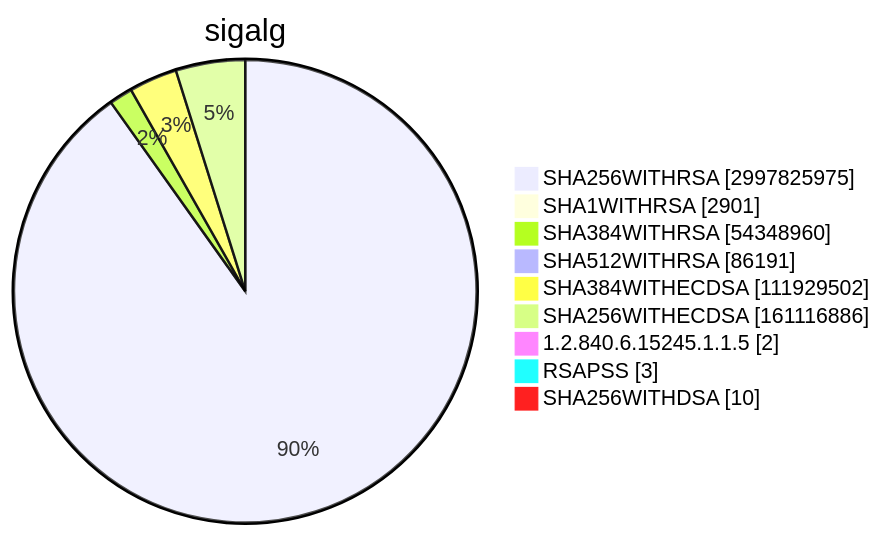
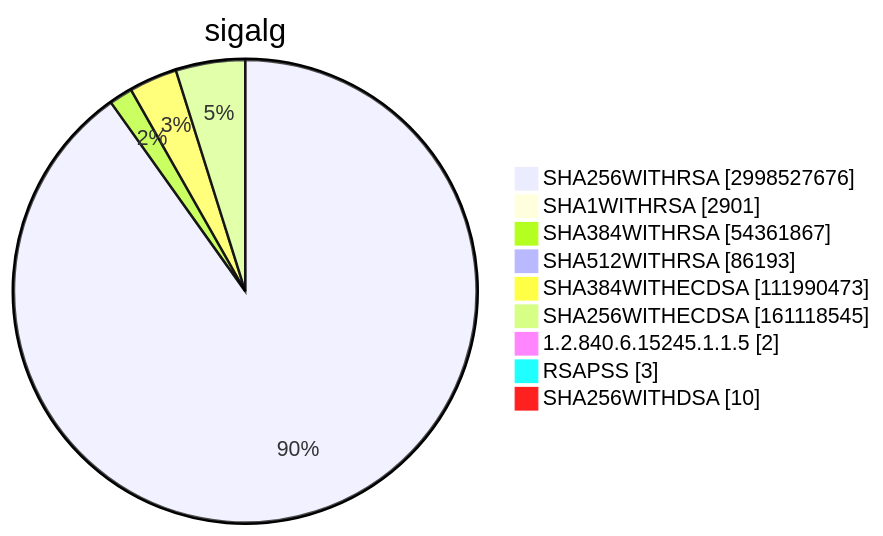
Before and after one commit to christiankrug/ctmonitor_visualization: diagram 15 of 15 in TOTAL/README.md, drawn with Mermaid. The commit also changed other lines of this file, not shown here.

````diff
--- a/TOTAL/README.md
+++ b/TOTAL/README.md
@@ -6208,13 +6208,13 @@
 ```mermaid
 pie showData
 title sigalg
-"SHA256WITHRSA" :2997825975
+"SHA256WITHRSA" :2998527676
 "SHA1WITHRSA" :2901
-"SHA384WITHRSA" :54348960
-"SHA512WITHRSA" :86191
-"SHA384WITHECDSA" :111929502
-"SHA256WITHECDSA" :161116886
+"SHA384WITHRSA" :54361867
+"SHA512WITHRSA" :86193
+"SHA384WITHECDSA" :111990473
+"SHA256WITHECDSA" :161118545
 "1.2.840.6.15245.1.1.5" :2
 "RSAPSS" :3
 "SHA256WITHDSA" :10
 ```
````
